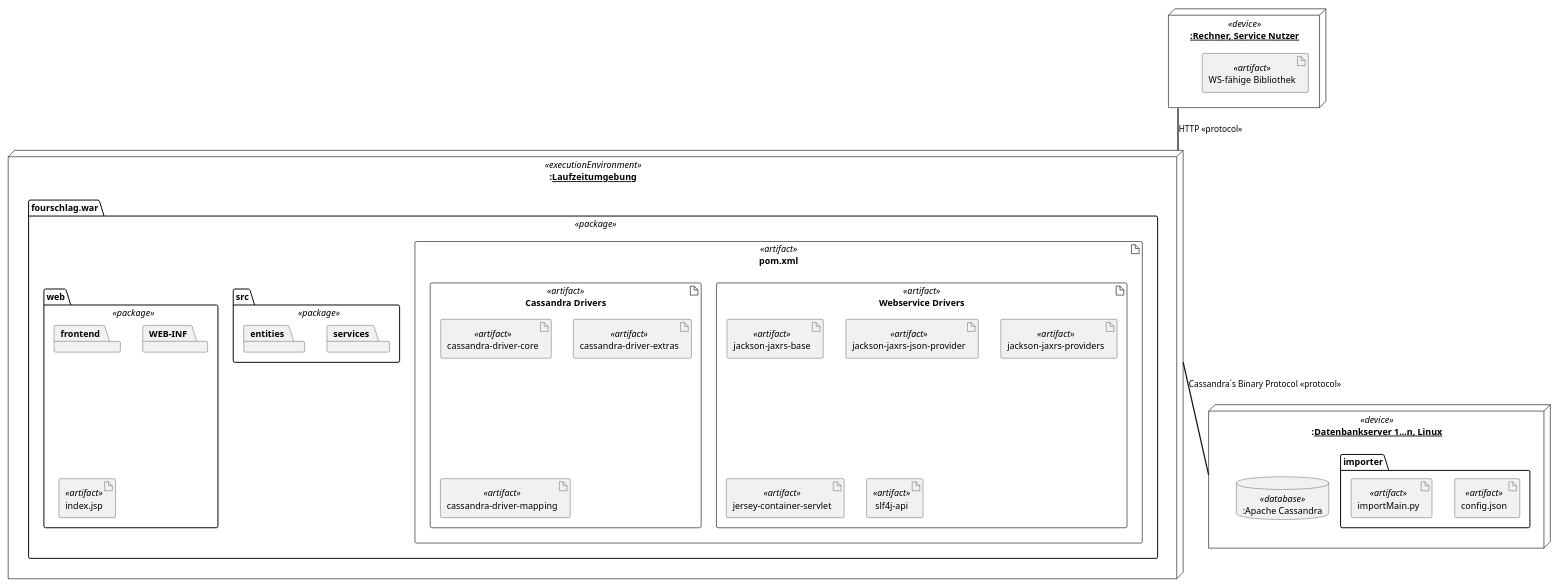
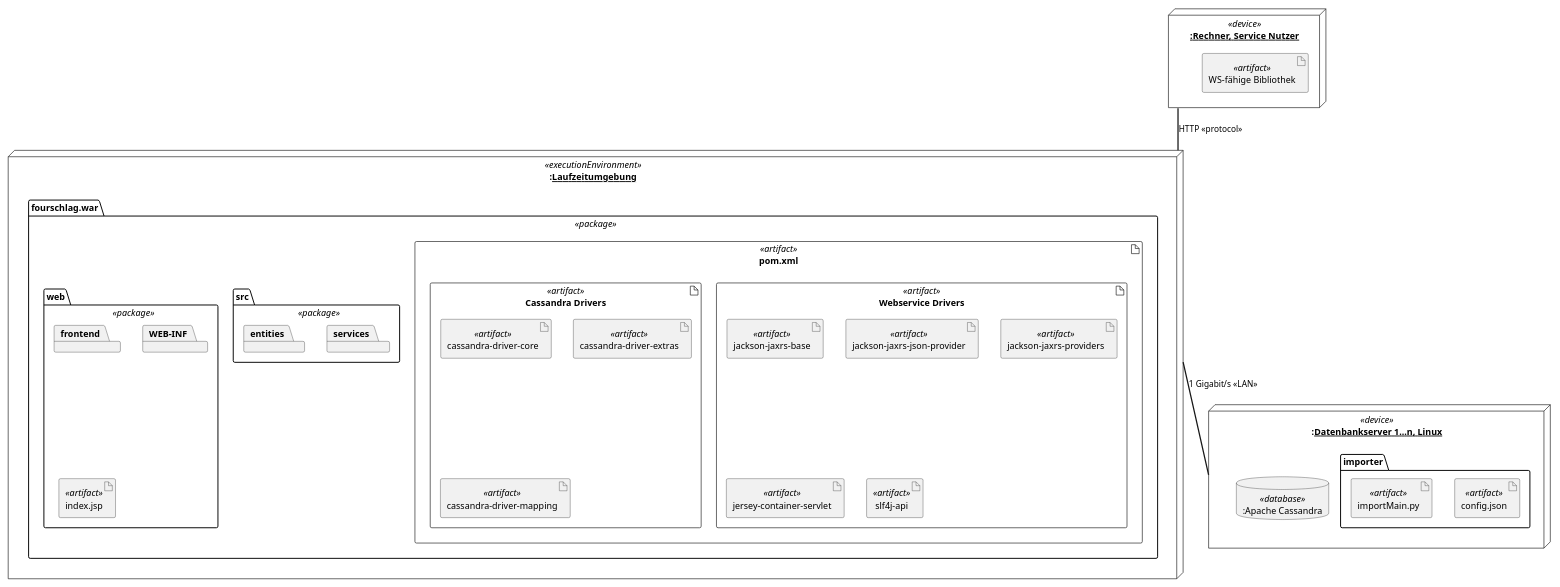
Before and after one commit to wagnst/forecast-cassandra: the diagram in diagrams/deployment/deployment_diagram_layer-2(alternative).puml, drawn with PlantUML. The commit also changed 1 other file, not shown here.

```diff
--- a/diagrams/deployment/deployment_diagram_layer-2(alternative).puml
+++ b/diagrams/deployment/deployment_diagram_layer-2(alternative).puml
@@ -1,61 +1,61 @@
 @startuml
 
 scale 0.75
 
 node ":__Laufzeitumgebung__" as LZ <<executionEnvironment>> {
 
     package "fourschlag.war" <<package>>{
 
         'package "jmeter"{
         '   artifact "FourschlagTest.jmx" <<artifact>>
         '}
 
         artifact "pom.xml" <<artifact>>{
 
             artifact "Webservice Drivers" <<artifact>>{
                 artifact "jackson-jaxrs-base" <<artifact>>
                 artifact "jackson-jaxrs-json-provider" <<artifact>>
                 artifact "jackson-jaxrs-providers" <<artifact>>
                 artifact "jersey-container-servlet" <<artifact>>
                 artifact "slf4j-api" <<artifact>>
             }
 
             artifact "Cassandra Drivers" <<artifact>>{
                 artifact "cassandra-driver-core" <<artifact>>
                 artifact "cassandra-driver-extras" <<artifact>>
                 artifact "cassandra-driver-mapping" <<artifact>>
             }
         }
 
         package "src" <<package>>{
             package "services"
             package "entities"
 
         }
 
         package "web" <<package>>{
             package "frontend"
             package "WEB-INF"
             artifact "index.jsp" <<artifact>>
         }
     }
 }
 
 node "__:Rechner, Service Nutzer__" as N2 <<device>>{
 
         artifact "WS-fähige Bibliothek" <<artifact>>
  }
 
 node ":__Datenbankserver 1...n, Linux__" as N1 <<device>>{
 
     package "importer"{
         artifact "config.json" <<artifact>>
         artifact "importMain.py" <<artifact>>
     }
     database ":Apache Cassandra" as Cassandra <<database>>
 }
 
-LZ == N1: Cassandra´s Binary Protocol <<protocol>>
+LZ == N1: 1 Gigabit/s <<LAN>>
 LZ =up= N2: HTTP <<protocol>>
 
 @enduml
```
